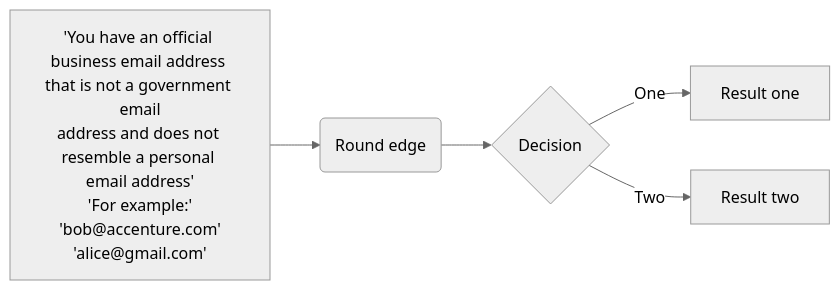
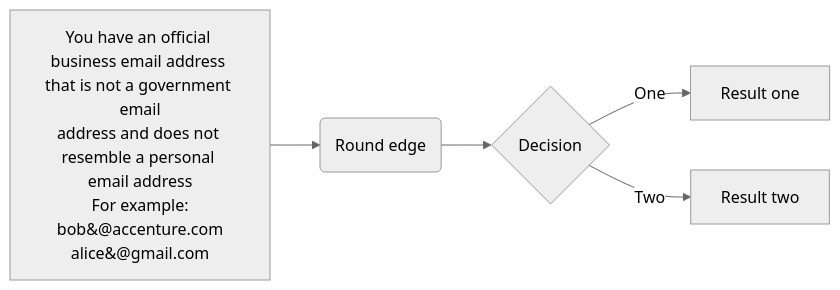
The diagram in docs/onboard-to-techpass.md (GovTechSG/techpass-user-docs), drawn with Mermaid (neutral theme) before and after one commit.

````diff
--- a/docs/onboard-to-techpass.md
+++ b/docs/onboard-to-techpass.md
@@ -7,7 +7,7 @@
 ```mermaid
 graph LR
-A['You have an official business email address that is not a government email<br>address and does not resemble a personal email address'<br>'For example:'<br>'bob@accenture.com'<br>'alice@gmail.com'] -->B(Round edge)
+A[You have an official business email address that is not a government email<br>address and does not resemble a personal email address<br>For example:<br>bob&#64;accenture.com<br>alice&#64;gmail.com] -->B(Round edge)
     B --> C{Decision}
     C -->|One| D[Result one]
     C -->|Two| E[Result two]
 ```
````
